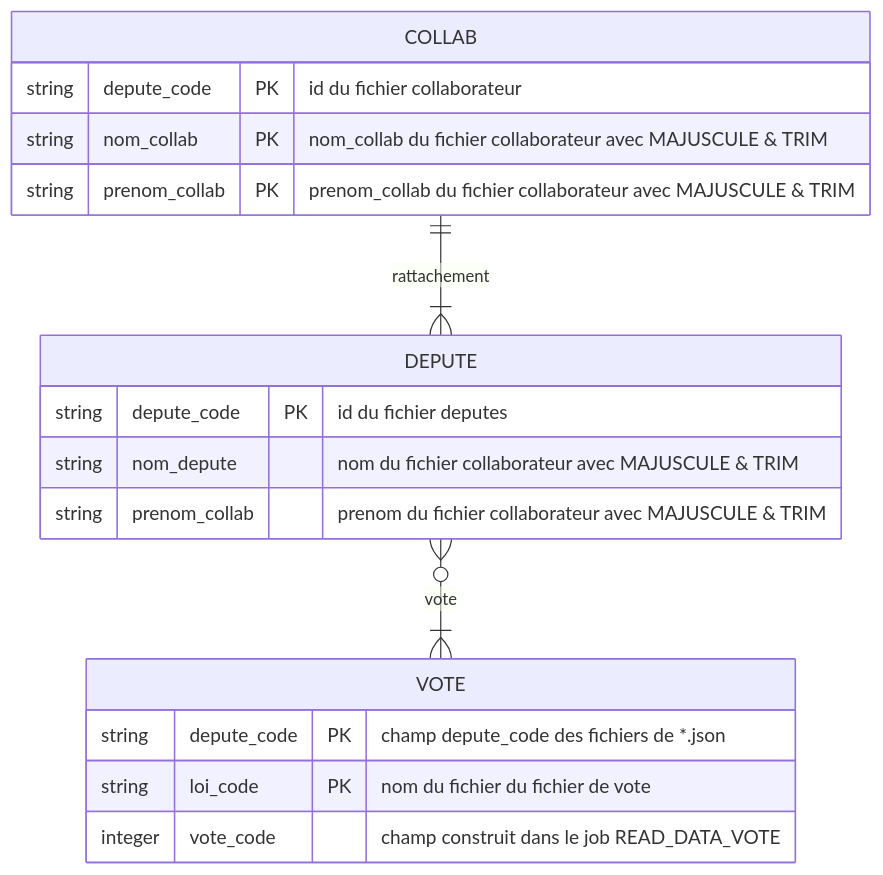
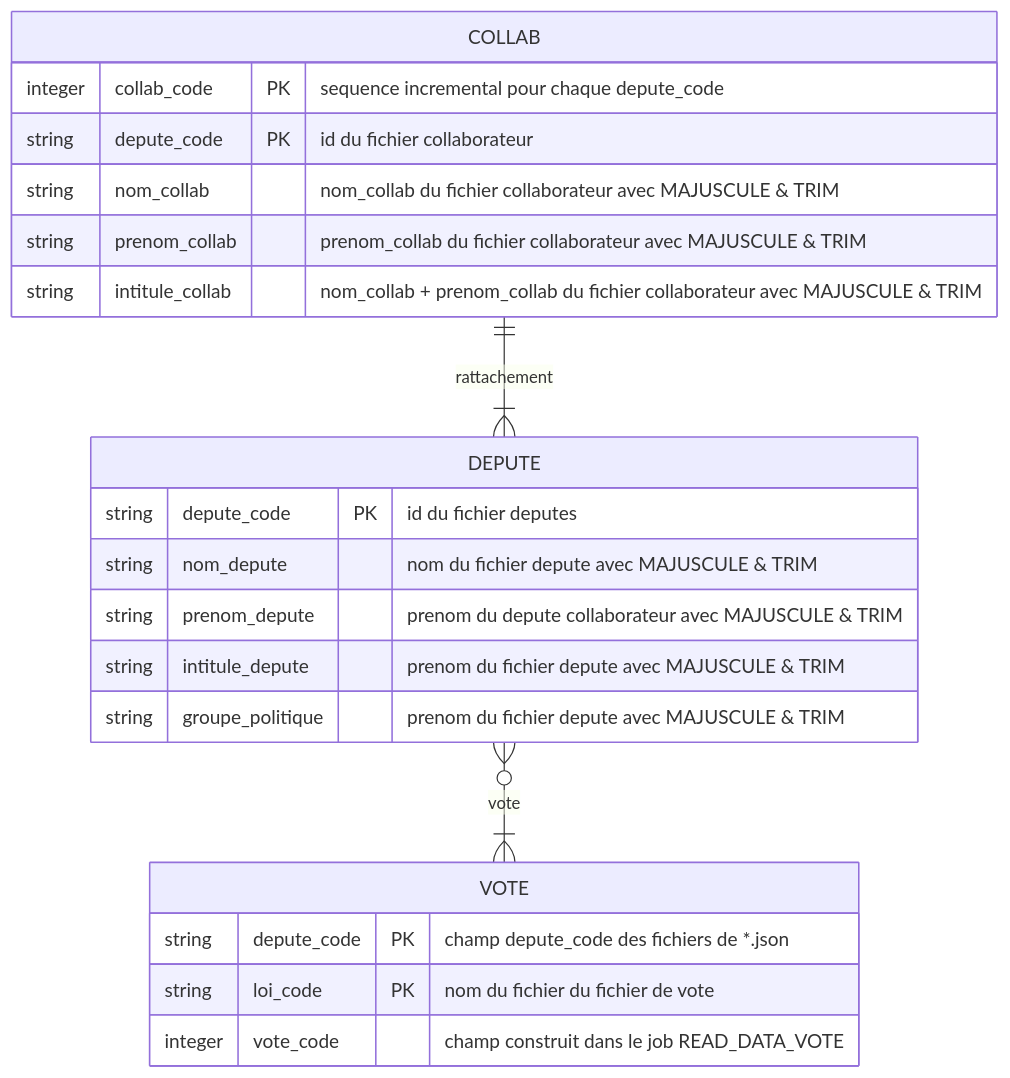
One commit to ledemocrate/quarto_blog changed the diagram in posts/formation_talend/quarto_document_formation_talend.qmd. Above: the diagram before and after it, drawn with Mermaid. The commit also changed other lines of this file and 66 other files, not shown here.

````diff
--- a/posts/formation_talend/quarto_document_formation_talend.qmd
+++ b/posts/formation_talend/quarto_document_formation_talend.qmd
@@ -886,20 +1307,26 @@
 ```{mermaid}
 erDiagram
     COLLAB ||--|{ DEPUTE : rattachement 
     COLLAB {
+        integer collab_code PK "sequence incremental pour chaque depute_code"
         string depute_code PK "id du fichier collaborateur" 
-        string nom_collab PK "nom_collab du fichier collaborateur avec MAJUSCULE & TRIM" 
-        string prenom_collab PK "prenom_collab du fichier collaborateur avec MAJUSCULE & TRIM" 
+        string nom_collab  "nom_collab du fichier collaborateur avec MAJUSCULE & TRIM" 
+        string prenom_collab  "prenom_collab du fichier collaborateur avec MAJUSCULE & TRIM"
+        string intitule_collab "nom_collab + prenom_collab du fichier collaborateur avec MAJUSCULE & TRIM"
     }
     DEPUTE }o--|{ VOTE : vote
     DEPUTE {
        string depute_code PK "id du fichier deputes"
-       string nom_depute  "nom du fichier collaborateur avec MAJUSCULE & TRIM"
-       string prenom_collab  "prenom du fichier collaborateur avec MAJUSCULE & TRIM"
+       string nom_depute  "nom du fichier depute avec MAJUSCULE & TRIM"
+       string prenom_depute  "prenom du depute collaborateur avec MAJUSCULE & TRIM"
+       string intitule_depute  "prenom du fichier depute avec MAJUSCULE & TRIM"
+       string groupe_politique  "prenom du fichier depute avec MAJUSCULE & TRIM"
+
+
     }
     VOTE {
       string depute_code PK "champ depute_code des fichiers de *.json"
       string loi_code PK "nom du fichier du fichier de vote"
       integer vote_code "champ construit dans le job READ_DATA_VOTE"
   }
 ```
````
